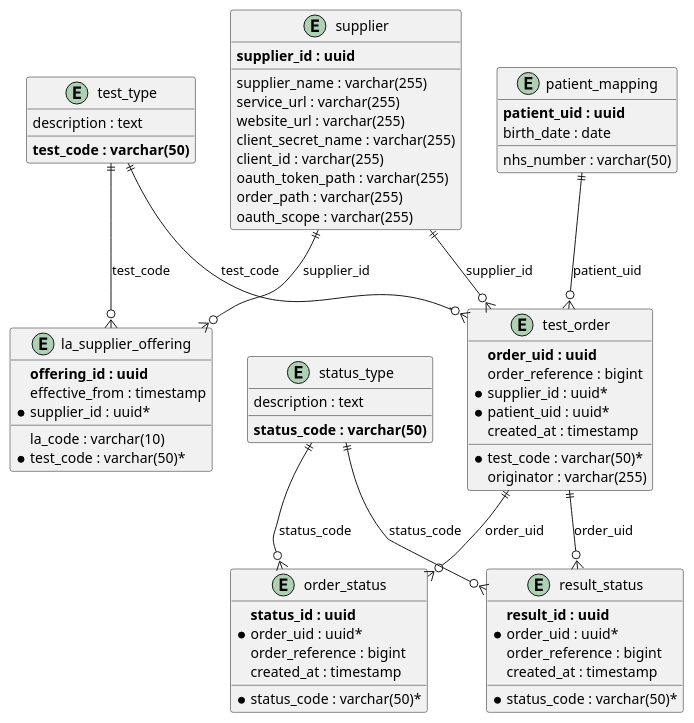
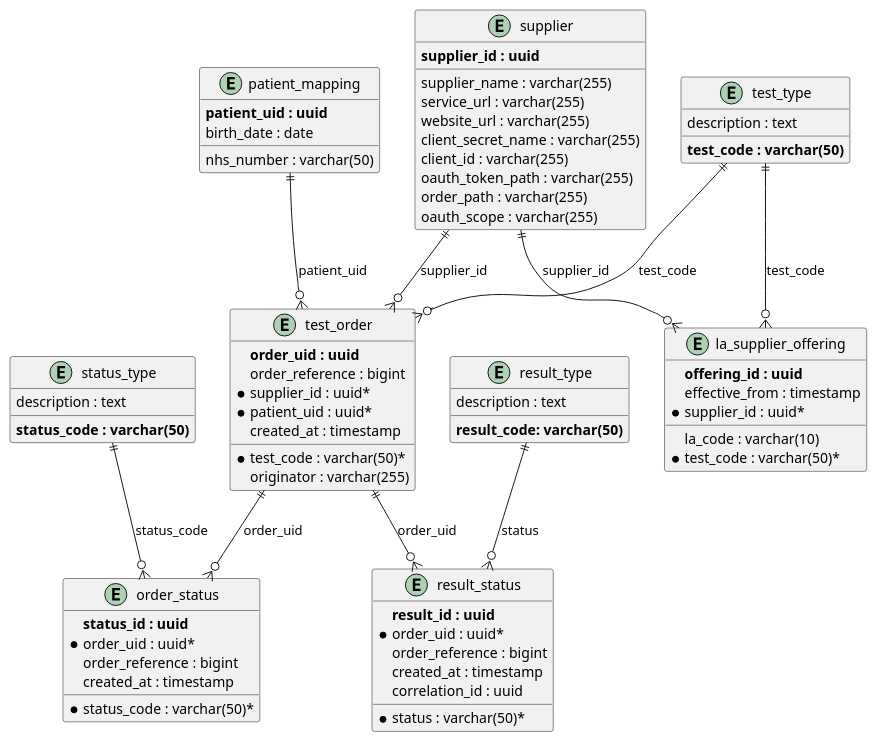
The diagram in database/schema_diagram.puml (NHSDigital/hometest-service), drawn with PlantUML before and after one commit.

Commit message:
feat(HOTE-648): update db schema for results status (#73)
---------

```diff
--- a/database/schema_diagram.puml
+++ b/database/schema_diagram.puml
@@ -1,78 +1,84 @@
 @startuml
 entity "patient_mapping" as patient {
   **patient_uid : uuid**
   nhs_number : varchar(50)
   birth_date : date
 }
 
 entity "test_type" as test {
   **test_code : varchar(50)**
   description : text
 }
 
 entity "supplier" as supplier {
   **supplier_id : uuid**
   supplier_name : varchar(255)
   service_url : varchar(255)
   website_url : varchar(255)
   client_secret_name : varchar(255)
   client_id : varchar(255)
   oauth_token_path : varchar(255)
   order_path : varchar(255)
   oauth_scope : varchar(255)
 }
 
 entity "la_supplier_offering" as offering {
   **offering_id : uuid**
   la_code : varchar(10)
   effective_from : timestamp
   *supplier_id : uuid*
   *test_code : varchar(50)*
 }
 
 entity "test_order" as orders {
   **order_uid : uuid**
   order_reference : bigint
   *supplier_id : uuid*
   *patient_uid : uuid*
   *test_code : varchar(50)*
   originator : varchar(255)
   created_at : timestamp
 }
 
 entity "status_type" as status_type {
   **status_code : varchar(50)**
   description : text
 }
 
 entity "order_status" as order_status {
   **status_id : uuid**
   *order_uid : uuid*
   order_reference : bigint
   *status_code : varchar(50)*
   created_at : timestamp
 }
 
+entity "result_type" as result_type {
+  **result_code: varchar(50)**
+  description : text
+}
+
 entity "result_status" as result_status {
   **result_id : uuid**
   *order_uid : uuid*
   order_reference : bigint
-  *status_code : varchar(50)*
+  *status : varchar(50)*
   created_at : timestamp
+  correlation_id : uuid
 }
 
 ' Relationships
 patient ||--o{ orders : "patient_uid"
 supplier ||--o{ orders : "supplier_id"
 test ||--o{ orders : "test_code"
 
 supplier ||--o{ offering : "supplier_id"
 test ||--o{ offering : "test_code"
 
 orders ||--o{ order_status : "order_uid"
 orders ||--o{ result_status : "order_uid"
 
 status_type ||--o{ order_status : "status_code"
-status_type ||--o{ result_status : "status_code"
+result_type ||--o{ result_status : "status"
 
 @enduml
```
